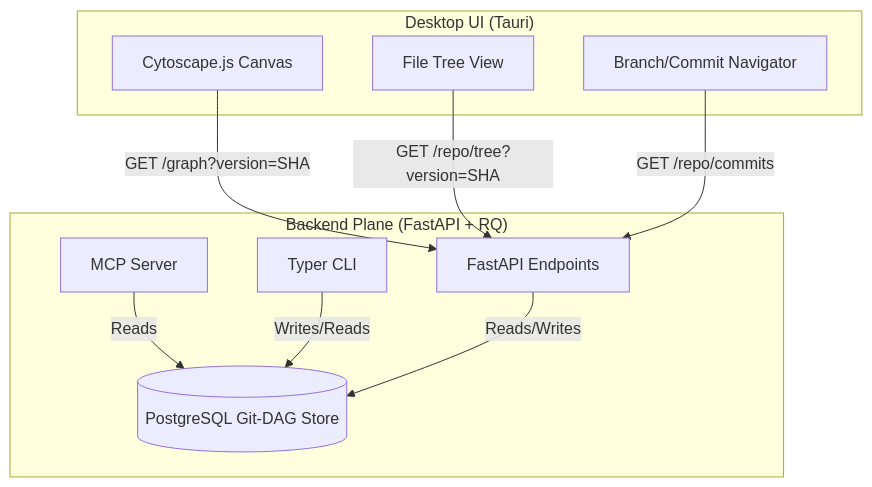
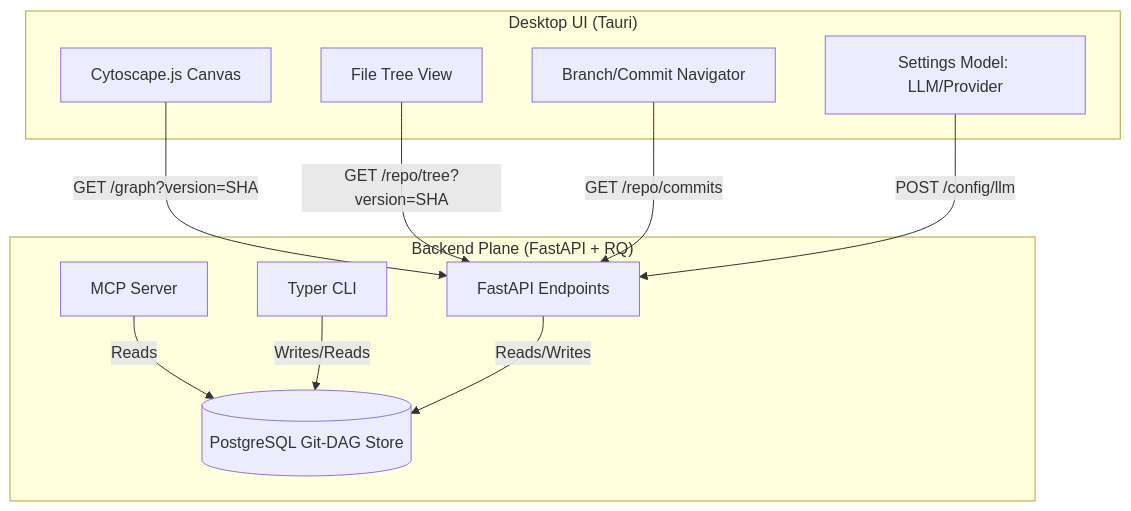
One commit to bmrtech-oss/code-intel-desktop changed the diagram in docs/master-integration-spec.md. Above: the diagram before and after it, drawn with Mermaid. The commit also changed other lines of this file and 2 other files, not shown here.

Commit message:
docs: add dynamic LLM configuration settings handshake spec and prompts

````diff
--- a/docs/master-integration-spec.md
+++ b/docs/master-integration-spec.md
@@ -11,23 +11,25 @@
 ```mermaid
 flowchart TD
     subgraph "Desktop UI (Tauri)"
         V_Canvas[Cytoscape.js Canvas]
         V_Tree[File Tree View]
         V_Nav[Branch/Commit Navigator]
+        V_Set[Settings Model: LLM/Provider]
     end
 
     subgraph "Backend Plane (FastAPI + RQ)"
         B_Server[FastAPI Endpoints]
         B_Store[(PostgreSQL Git-DAG Store)]
         B_MCP[MCP Server]
         B_CLI[Typer CLI]
     end
 
     V_Canvas -->|GET /graph?version=SHA| B_Server
     V_Tree -->|GET /repo/tree?version=SHA| B_Server
     V_Nav -->|GET /repo/commits| B_Server
+    V_Set -->|POST /config/llm| B_Server
 
     B_MCP -->|Reads| B_Store
     B_CLI -->|Writes/Reads| B_Store
     B_Server -->|Reads/Writes| B_Store
 ```
````
